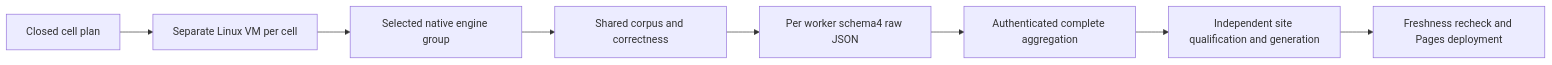
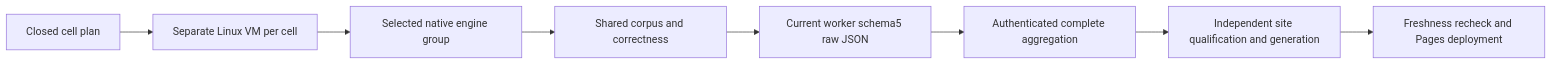
One commit to managedcode/KeyLoad changed the first of 5 diagrams in docs/ADR/ADR-056-isolated-linux-comparison-cells.md. Above: the diagram before and after it, drawn with Mermaid. The commit also changed other lines of this file and 402 other files, not shown here.

````diff
--- a/docs/ADR/ADR-056-isolated-linux-comparison-cells.md
+++ b/docs/ADR/ADR-056-isolated-linux-comparison-cells.md
@@ -9,10 +9,10 @@
 ```mermaid
 flowchart LR
     Plan[Closed cell plan] --> Linux[Separate Linux VM per cell]
     Linux --> Native[Selected native engine group]
     Native --> Oracle[Shared corpus and correctness]
-    Oracle --> Raw[Per worker schema4 raw JSON]
+    Oracle --> Raw[Current worker schema5 raw JSON]
     Raw --> Join[Authenticated complete aggregation]
     Join --> Site[Independent site qualification and generation]
     Site --> Pages[Freshness recheck and Pages deployment]
 ```
````
